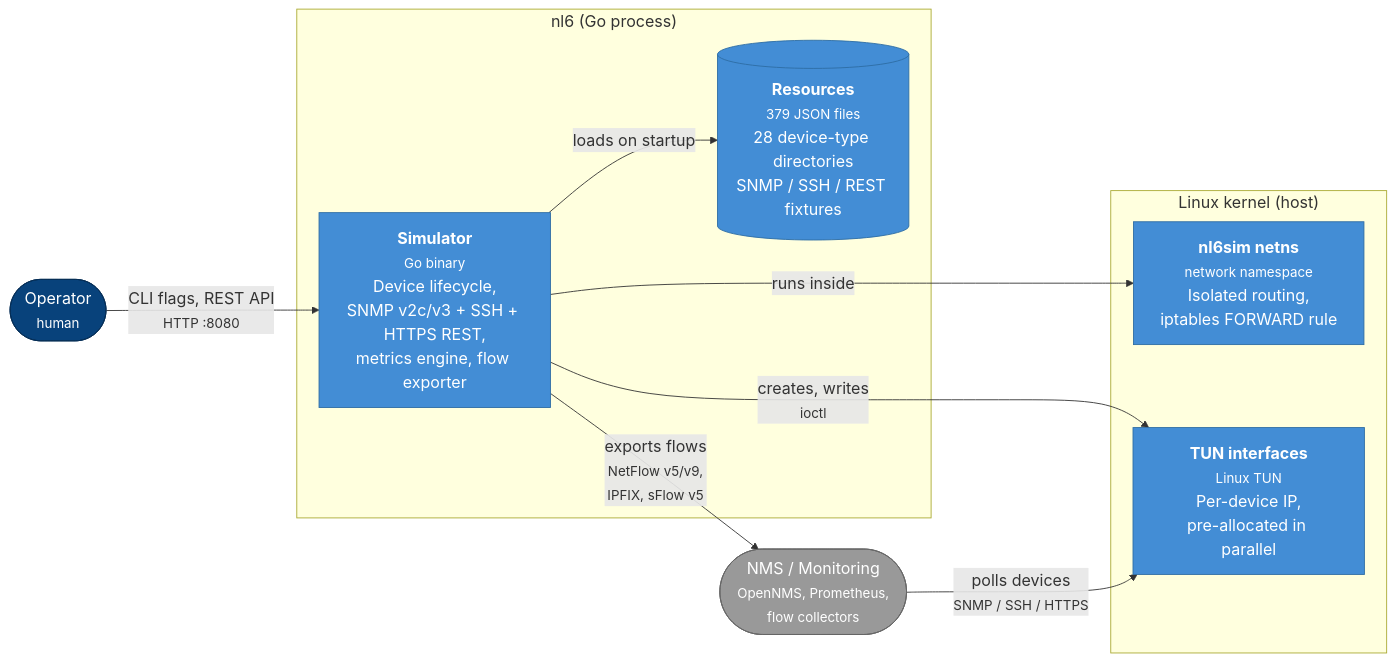
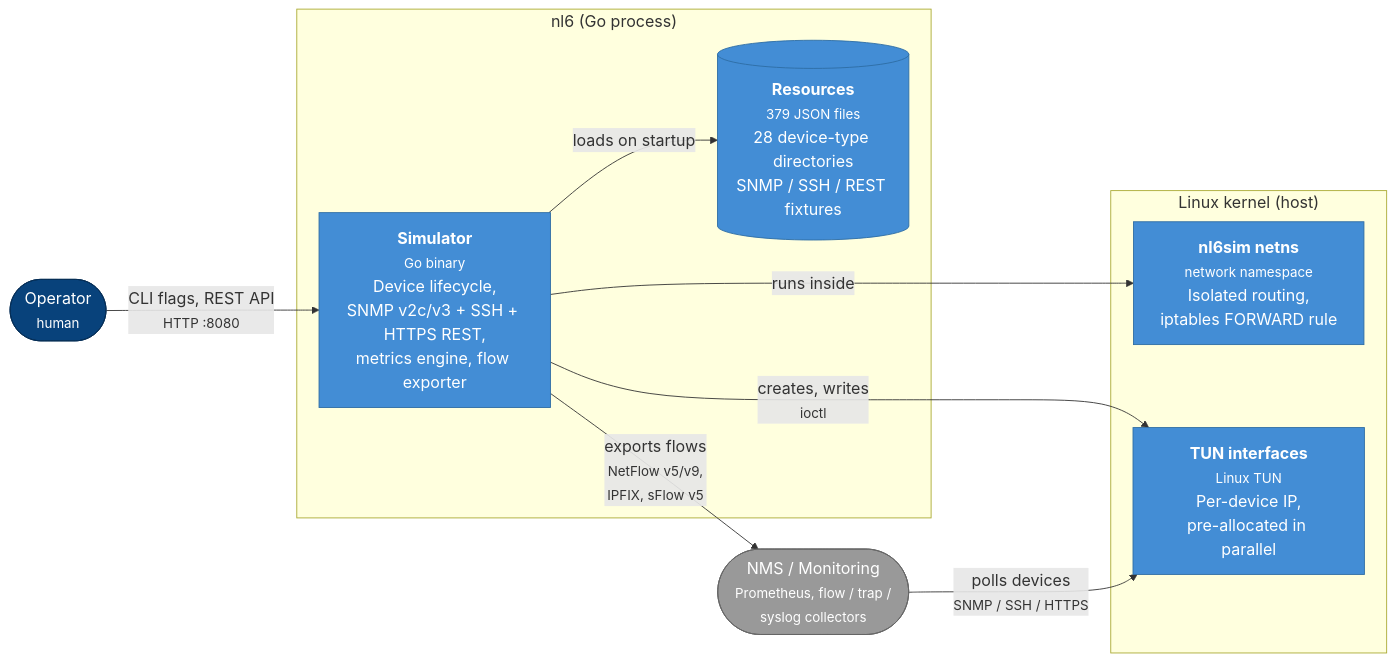
One commit to labmonkeys-space/nl6 changed the diagram in docs/reference/architecture.md. Above: the diagram before and after it, drawn with Mermaid. The commit also changed 9 other files, not shown here.

````diff
--- a/docs/reference/architecture.md
+++ b/docs/reference/architecture.md
@@ -18,28 +18,28 @@
 ```mermaid
 %%{init: {'themeVariables': {'fontSize': '18px'}}}%%
 flowchart LR
     operator(["Operator<br/><small>human</small>"]):::person
-    nms(["NMS / Monitoring<br/><small>OpenNMS, Prometheus,<br/>flow collectors</small>"]):::ext
+    nms(["NMS / Monitoring<br/><small>Prometheus, flow / trap /<br/>syslog collectors</small>"]):::ext
 
     subgraph nl6 ["nl6 (Go process)"]
         simulator["<b>Simulator</b><br/><small>Go binary</small><br/>Device lifecycle,<br/>SNMP v2c/v3 + SSH + HTTPS REST,<br/>metrics engine, flow exporter"]
         resources[("<b>Resources</b><br/><small>379 JSON files</small><br/>28 device-type directories<br/>SNMP / SSH / REST fixtures")]
     end
 
     subgraph kernel ["Linux kernel (host)"]
         netns["<b>nl6sim netns</b><br/><small>network namespace</small><br/>Isolated routing,<br/>iptables FORWARD rule"]
         tun["<b>TUN interfaces</b><br/><small>Linux TUN</small><br/>Per-device IP,<br/>pre-allocated in parallel"]
     end
 
     operator -->|"CLI flags, REST API<br/><small>HTTP :8080</small>"| simulator
     simulator -->|loads on startup| resources
     simulator -->|creates, writes<br/><small>ioctl</small>| tun
     simulator -->|runs inside| netns
     nms -->|"polls devices<br/><small>SNMP / SSH / HTTPS</small>"| tun
     simulator -->|"exports flows<br/><small>NetFlow v5/v9,<br/>IPFIX, sFlow v5</small>"| nms
 
     classDef person fill:#08427b,stroke:#052e56,color:#fff
     classDef ext fill:#999,stroke:#666,color:#fff
     classDef default fill:#438dd5,stroke:#2e6da4,color:#fff
     class simulator,resources,netns,tun default
 ```
````
